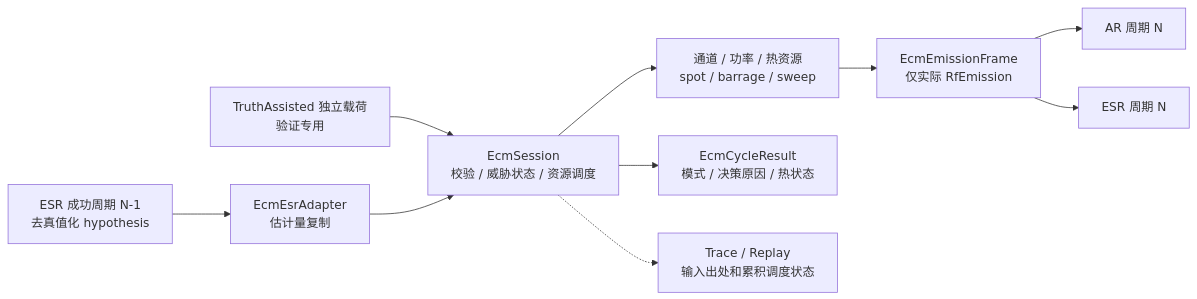
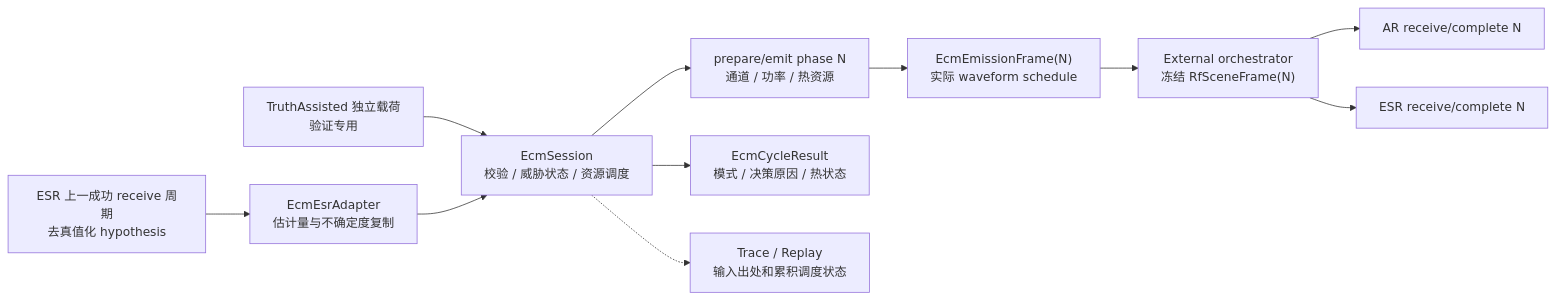
One commit to boilwater-3/1q changed the diagram in docs/electronic_countermeasure/design.md. Above: the diagram before and after it, drawn with Mermaid. The commit also changed other lines of this file and 4 other files, not shown here.

Commit message:
docs(rf): freeze engineering RF architecture

````diff
--- a/docs/electronic_countermeasure/design.md
+++ b/docs/electronic_countermeasure/design.md
@@ -13,12 +15,13 @@
 ```mermaid
 flowchart LR
-  ESR["ESR 成功周期 N-1\n去真值化 hypothesis"] --> Adapter["EcmEsrAdapter\n估计量复制"]
+  ESR["ESR 上一成功 receive 周期\n去真值化 hypothesis"] --> Adapter["EcmEsrAdapter\n估计量与不确定度复制"]
   Truth["TruthAssisted 独立载荷\n验证专用"] --> Session["EcmSession\n校验 / 威胁状态 / 资源调度"]
   Adapter --> Session
-  Session --> Scheduler["通道 / 功率 / 热资源\nspot / barrage / sweep"]
-  Scheduler --> Raw["EcmEmissionFrame\n仅实际 RfEmission"]
+  Session --> Scheduler["prepare/emit phase N\n通道 / 功率 / 热资源"]
+  Scheduler --> Raw["EcmEmissionFrame(N)\n实际 waveform schedule"]
+  Raw --> World["External orchestrator\n冻结 RfSceneFrame(N)"]
   Session --> Result["EcmCycleResult\n模式 / 决策原因 / 热状态"]
-  Raw --> AR["AR 周期 N"]
-  Raw --> ESR2["ESR 周期 N"]
+  World --> AR["AR receive/complete N"]
+  World --> ESR2["ESR receive/complete N"]
   Session -.-> Trace["Trace / Replay\n输入出处和累积调度状态"]
 ```
````
